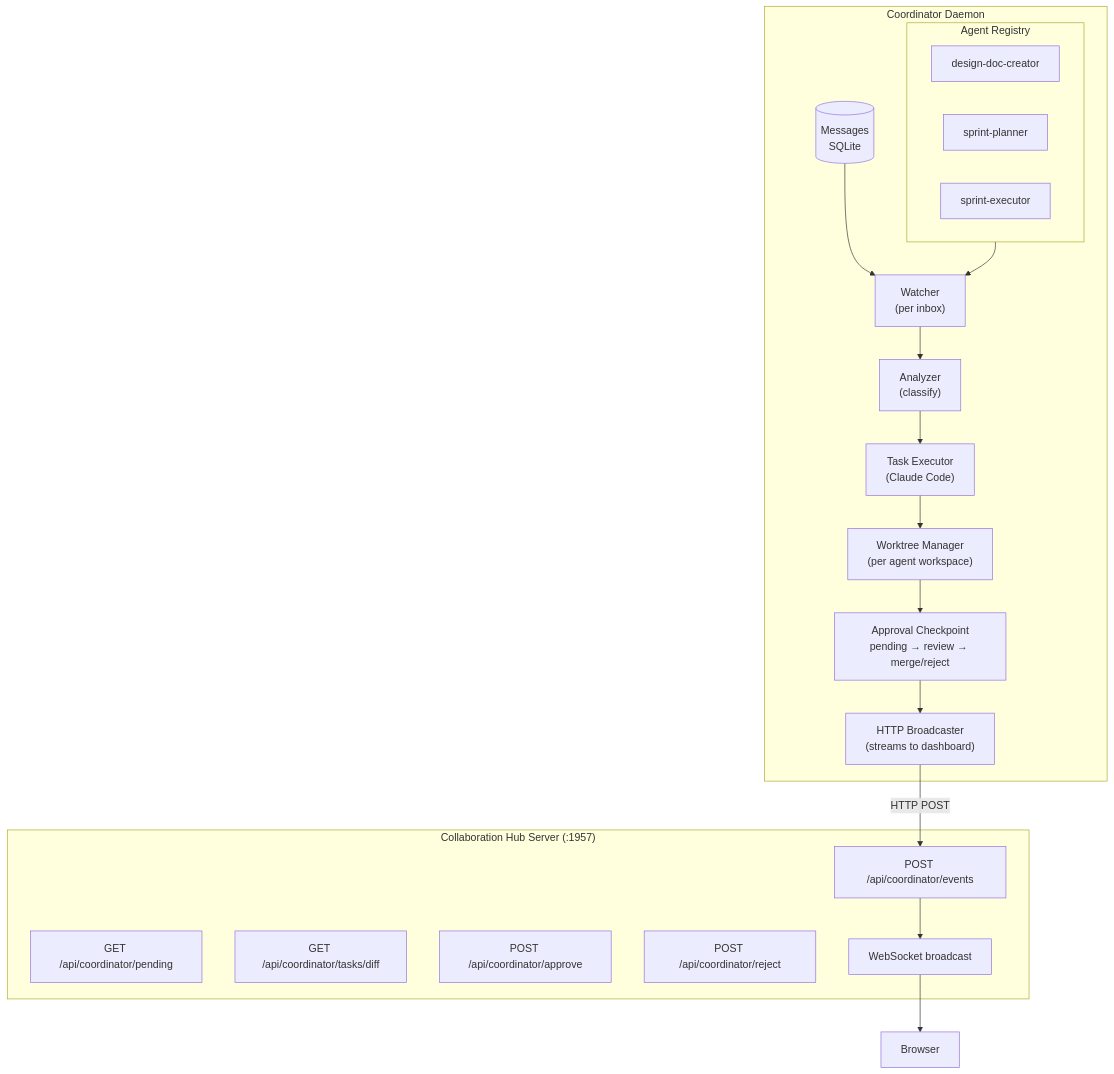
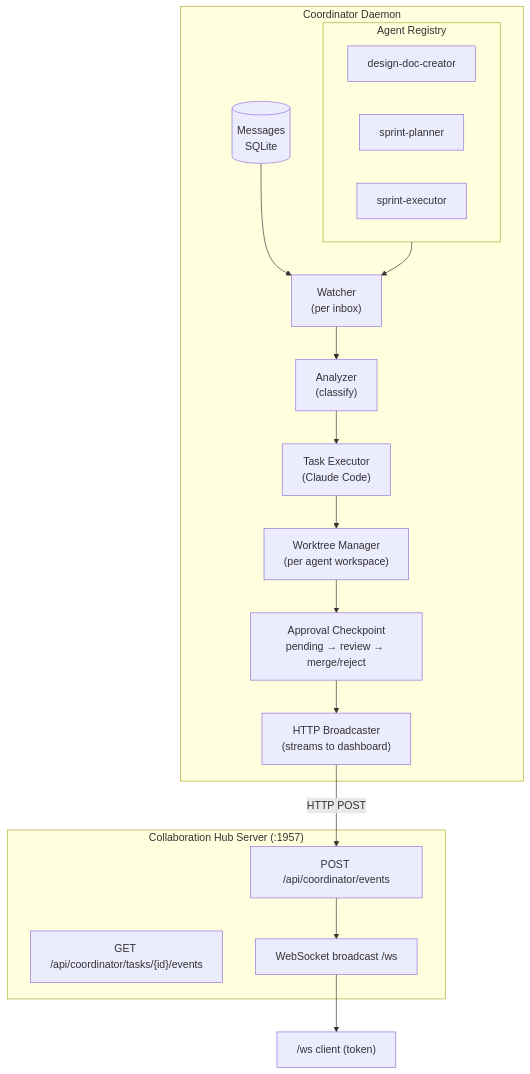
One commit to sunholo-data/ailang changed the second of 2 diagrams in docs/docs/guides/coordinator.md. Above: the diagram before and after it, drawn with Mermaid. The commit also changed other lines of this file and 50 other files, not shown here.

````diff
--- a/docs/docs/guides/coordinator.md
+++ b/docs/docs/guides/coordinator.md
@@ -916,41 +914,38 @@
 ```mermaid
 flowchart TB
     subgraph Daemon["Coordinator Daemon"]
         subgraph Registry["Agent Registry"]
             DDC2["design-doc-creator"]
             SP2["sprint-planner"]
             SE2["sprint-executor"]
         end
 
         Watcher["Watcher<br/>(per inbox)"]
         Analyzer["Analyzer<br/>(classify)"]
         Executor["Task Executor<br/>(Claude Code)"]
         Messages[("Messages<br/>SQLite")]
         Worktree["Worktree Manager<br/>(per agent workspace)"]
         Approval["Approval Checkpoint<br/>pending → review → merge/reject"]
         Broadcaster["HTTP Broadcaster<br/>(streams to dashboard)"]
 
         Registry --> Watcher
         Messages --> Watcher
         Watcher --> Analyzer
         Analyzer --> Executor
         Executor --> Worktree
         Worktree --> Approval
         Approval --> Broadcaster
     end
 
     subgraph Server["Collaboration Hub Server (:1957)"]
         Events["POST /api/coordinator/events"]
-        Pending["GET /api/coordinator/pending"]
-        Diff["GET /api/coordinator/tasks/diff"]
-        ApproveAPI["POST /api/coordinator/approve"]
-        RejectAPI["POST /api/coordinator/reject"]
-        WS["WebSocket broadcast"]
+        TaskEvents["GET /api/coordinator/tasks/{id}/events"]
+        WS["WebSocket broadcast /ws"]
     end
 
-    Browser["Browser"]
+    WSClient["/ws client (token)"]
 
     Broadcaster -->|"HTTP POST"| Events
     Events --> WS
-    WS --> Browser
+    WS --> WSClient
 ```
````
